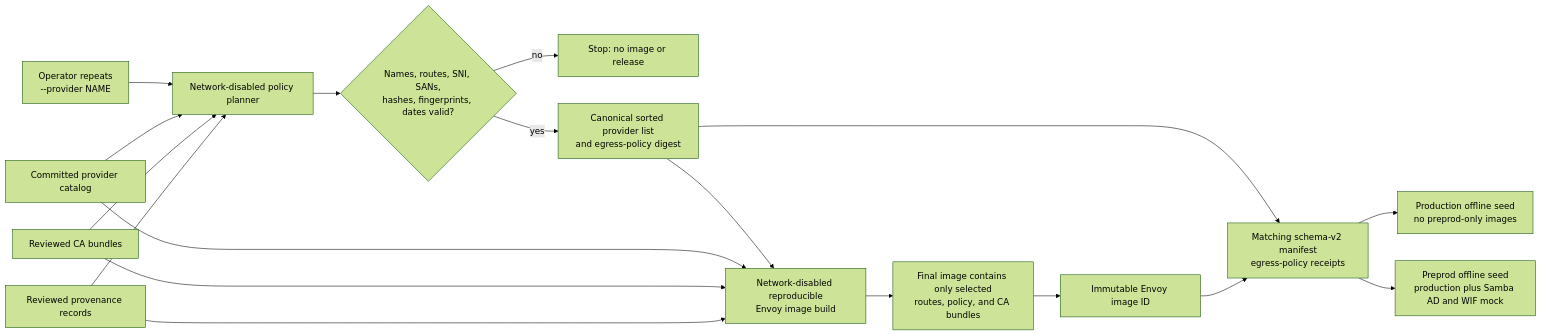
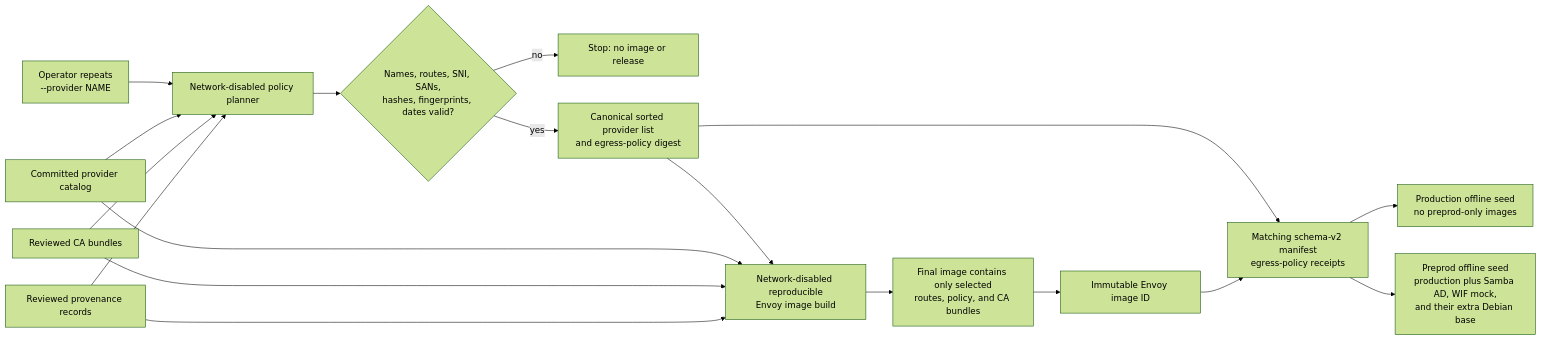
Diagram 11 of 14 in docs/architecture-diagrams.md (derhornspieler/ai-gateway), drawn with Mermaid (forest theme) before and after one commit. The commit also changed 8 other files, not shown here.

````diff
--- a/docs/architecture-diagrams.md
+++ b/docs/architecture-diagrams.md
@@ -337,20 +337,20 @@
 ```mermaid
 flowchart LR
   OP[Operator repeats<br/>--provider NAME] --> PLAN[Network-disabled policy planner]
   CAT[Committed provider catalog] --> PLAN
   CA[Reviewed CA bundles] --> PLAN
   PROV[Reviewed provenance records] --> PLAN
   PLAN --> CHECK{Names, routes, SNI, SANs,<br/>hashes, fingerprints, dates valid?}
   CHECK -- no --> STOP[Stop: no image or release]
   CHECK -- yes --> CANON[Canonical sorted provider list<br/>and egress-policy digest]
   CANON --> BUILD[Network-disabled reproducible<br/>Envoy image build]
   CAT --> BUILD
   CA --> BUILD
   PROV --> BUILD
   BUILD --> ONLY[Final image contains only selected<br/>routes, policy, and CA bundles]
   ONLY --> ID[Immutable Envoy image ID]
   CANON --> MAN[Matching schema-v2 manifest<br/>egress-policy receipts]
   ID --> MAN
   MAN --> PROD[Production offline seed<br/>no preprod-only images]
-  MAN --> PRE[Preprod offline seed<br/>production plus Samba AD and WIF mock]
+  MAN --> PRE[Preprod offline seed<br/>production plus Samba AD, WIF mock,<br/>and their extra Debian base]
 ```
````
